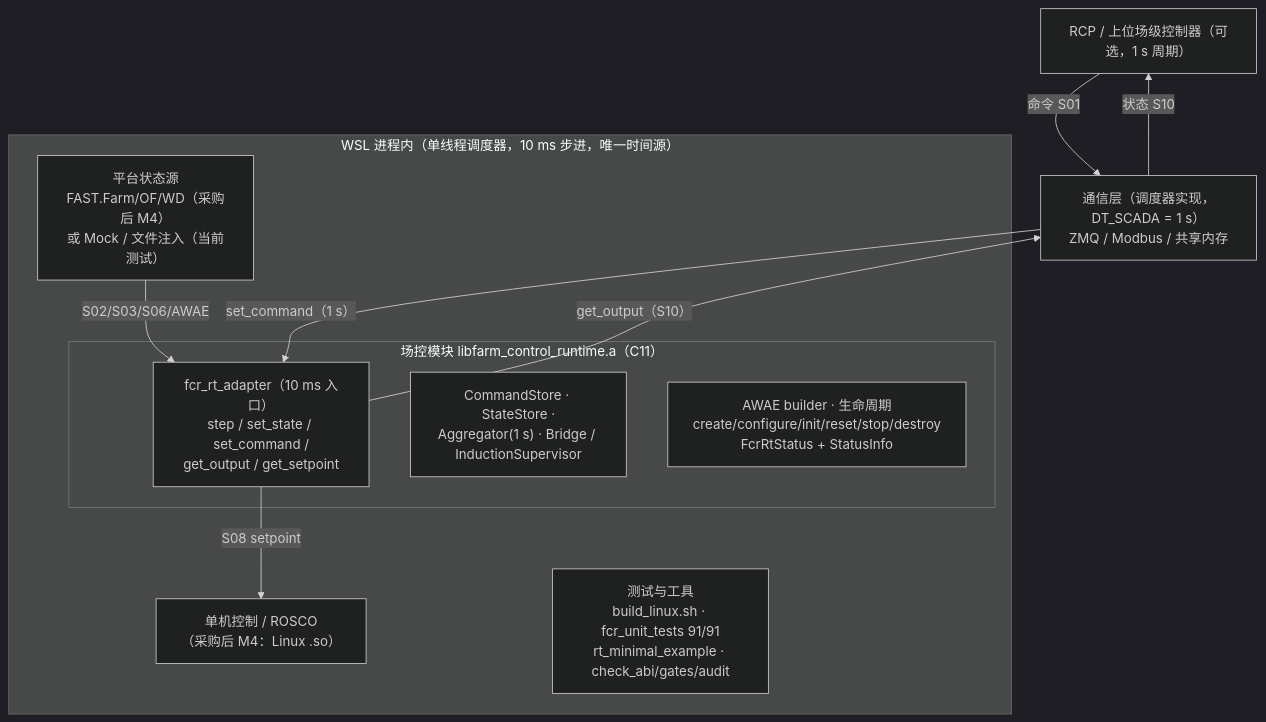
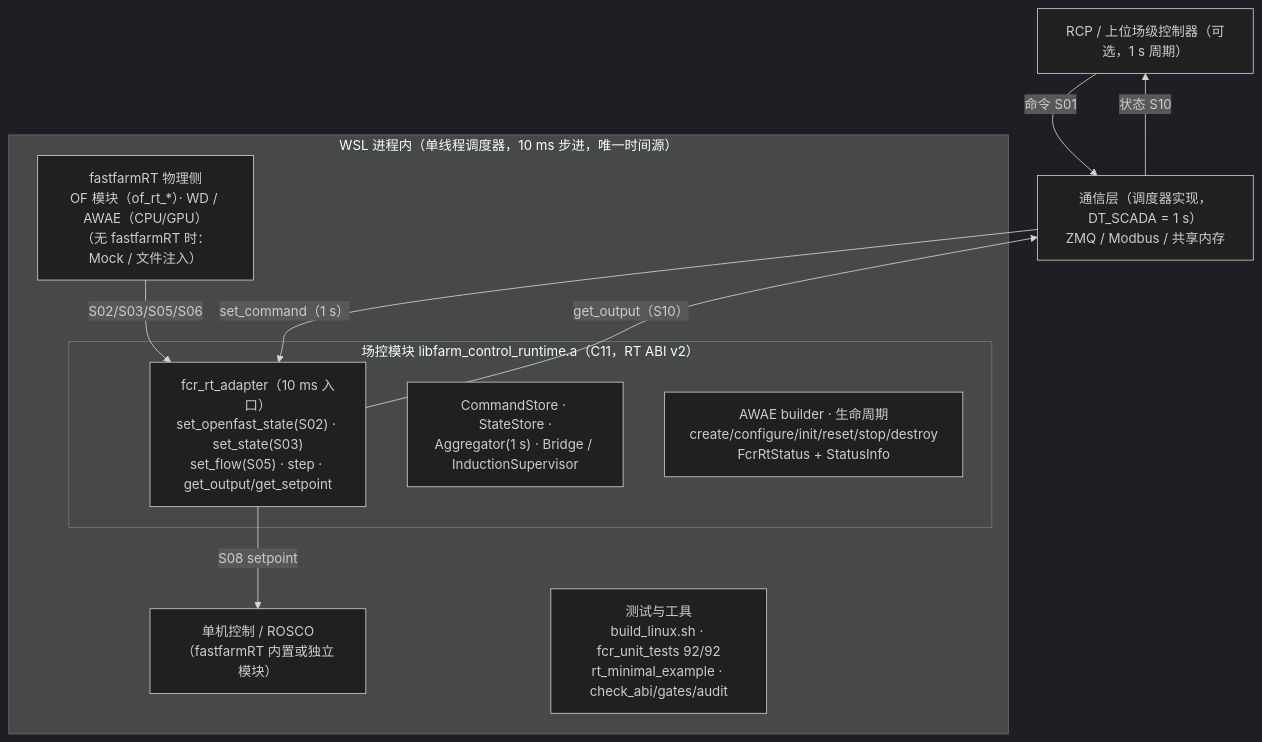
Before and after one commit to FreemanBIT/wfcrl-env-HRL: the second of 2 diagrams in farm_control_runtime/docs/ARCHITECTURE_DIAGRAMS.md, drawn with Mermaid (dark theme). The commit also changed other lines of this file and 13 other files, not shown here.

````diff
--- a/farm_control_runtime/docs/ARCHITECTURE_DIAGRAMS.md
+++ b/farm_control_runtime/docs/ARCHITECTURE_DIAGRAMS.md
@@ -65,21 +65,21 @@
 ```mermaid
 flowchart TB
   RCP["RCP / 上位场级控制器（可选，1 s 周期）"]
   COMM["通信层（调度器实现，DT_SCADA = 1 s）<br/>ZMQ / Modbus / 共享内存"]
   subgraph WSL["WSL 进程内（单线程调度器，10 ms 步进，唯一时间源）"]
-    SRC["平台状态源<br/>FAST.Farm/OF/WD（采购后 M4）<br/>或 Mock / 文件注入（当前测试）"]
-    subgraph MOD["场控模块 libfarm_control_runtime.a（C11）"]
-      A["fcr_rt_adapter（10 ms 入口）<br/>step / set_state / set_command /<br/>get_output / get_setpoint"]
+    SRC["fastfarmRT 物理侧<br/>OF 模块（of_rt_*）· WD / AWAE（CPU/GPU）<br/>（无 fastfarmRT 时：Mock / 文件注入）"]
+    subgraph MOD["场控模块 libfarm_control_runtime.a（C11，RT ABI v2）"]
+      A["fcr_rt_adapter（10 ms 入口）<br/>set_openfast_state(S02) · set_state(S03)<br/>set_flow(S05) · step · get_output/get_setpoint"]
       B["CommandStore · StateStore ·<br/>Aggregator(1 s) · Bridge / InductionSupervisor"]
       C["AWAE builder · 生命周期<br/>create/configure/init/reset/stop/destroy<br/>FcrRtStatus + StatusInfo"]
     end
-    CTRL["单机控制 / ROSCO<br/>（采购后 M4：Linux .so）"]
-    T["测试与工具<br/>build_linux.sh · fcr_unit_tests 91/91<br/>rt_minimal_example · check_abi/gates/audit"]
+    CTRL["单机控制 / ROSCO<br/>（fastfarmRT 内置或独立模块）"]
+    T["测试与工具<br/>build_linux.sh · fcr_unit_tests 92/92<br/>rt_minimal_example · check_abi/gates/audit"]
   end
   RCP -->|"命令 S01"| COMM
   COMM -->|"set_command（1 s）"| A
   A -->|"get_output（S10）"| COMM
   COMM -->|"状态 S10"| RCP
-  SRC -->|"S02/S03/S06/AWAE"| A
+  SRC -->|"S02/S03/S05/S06"| A
   A -->|"S08 setpoint"| CTRL
 ```
````
